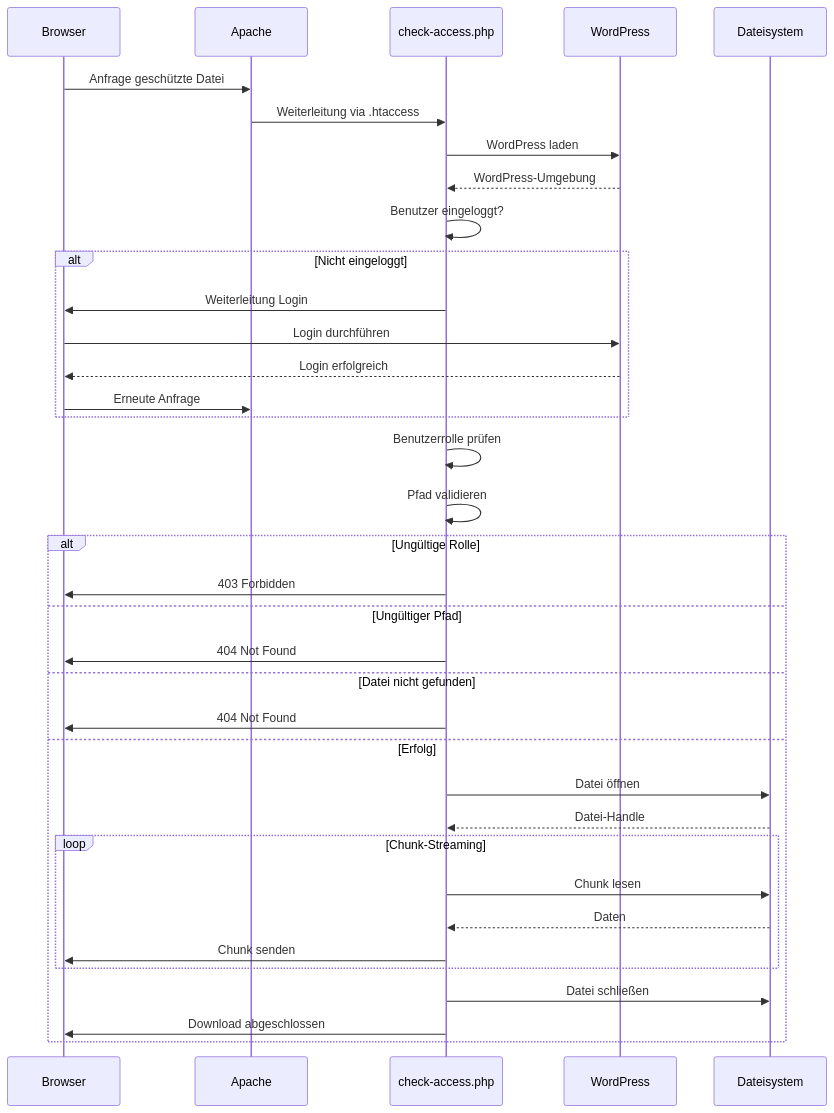
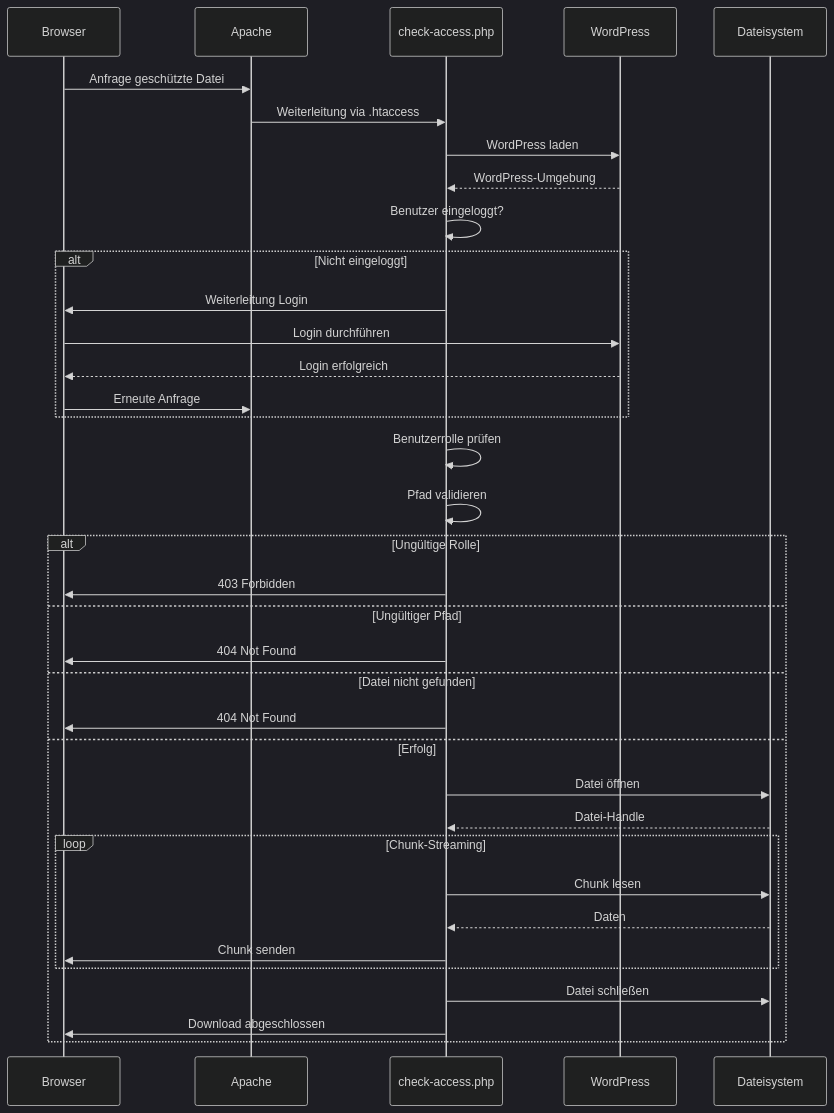
One commit to rfluethi/Easy-File-Lock changed the first of 2 diagrams in docs/technical.md. Above: the diagram before and after it, drawn with Mermaid.

Commit message:
bugfixes

````diff
--- a/docs/technical.md
+++ b/docs/technical.md
@@ -237,45 +237,46 @@
 ```mermaid
+%%{init: {'theme': 'dark', 'themeVariables': { 'primaryColor': '#4a9eff', 'primaryTextColor': '#ffffff', 'primaryBorderColor': '#4a9eff', 'lineColor': '#4a9eff', 'secondaryColor': '#2d2d2d', 'tertiaryColor': '#2d2d2d'}}}%%
 sequenceDiagram
     participant B as Browser
     participant A as Apache
     participant C as check-access.php
     participant W as WordPress
     participant F as Dateisystem
 
     B->>A: Anfrage geschützte Datei
     A->>C: Weiterleitung via .htaccess
     
     C->>W: WordPress laden
     W-->>C: WordPress-Umgebung
     
     C->>C: Benutzer eingeloggt?
     alt Nicht eingeloggt
         C->>B: Weiterleitung Login
         B->>W: Login durchführen
         W-->>B: Login erfolgreich
         B->>A: Erneute Anfrage
     end
     
     C->>C: Benutzerrolle prüfen
     C->>C: Pfad validieren
     
     alt Ungültige Rolle
         C->>B: 403 Forbidden
     else Ungültiger Pfad
         C->>B: 404 Not Found
     else Datei nicht gefunden
         C->>B: 404 Not Found
     else Erfolg
         C->>F: Datei öffnen
         F-->>C: Datei-Handle
         
         loop Chunk-Streaming
             C->>F: Chunk lesen
             F-->>C: Daten
             C->>B: Chunk senden
         end
         
         C->>F: Datei schließen
         C->>B: Download abgeschlossen
     end
 ```
````
